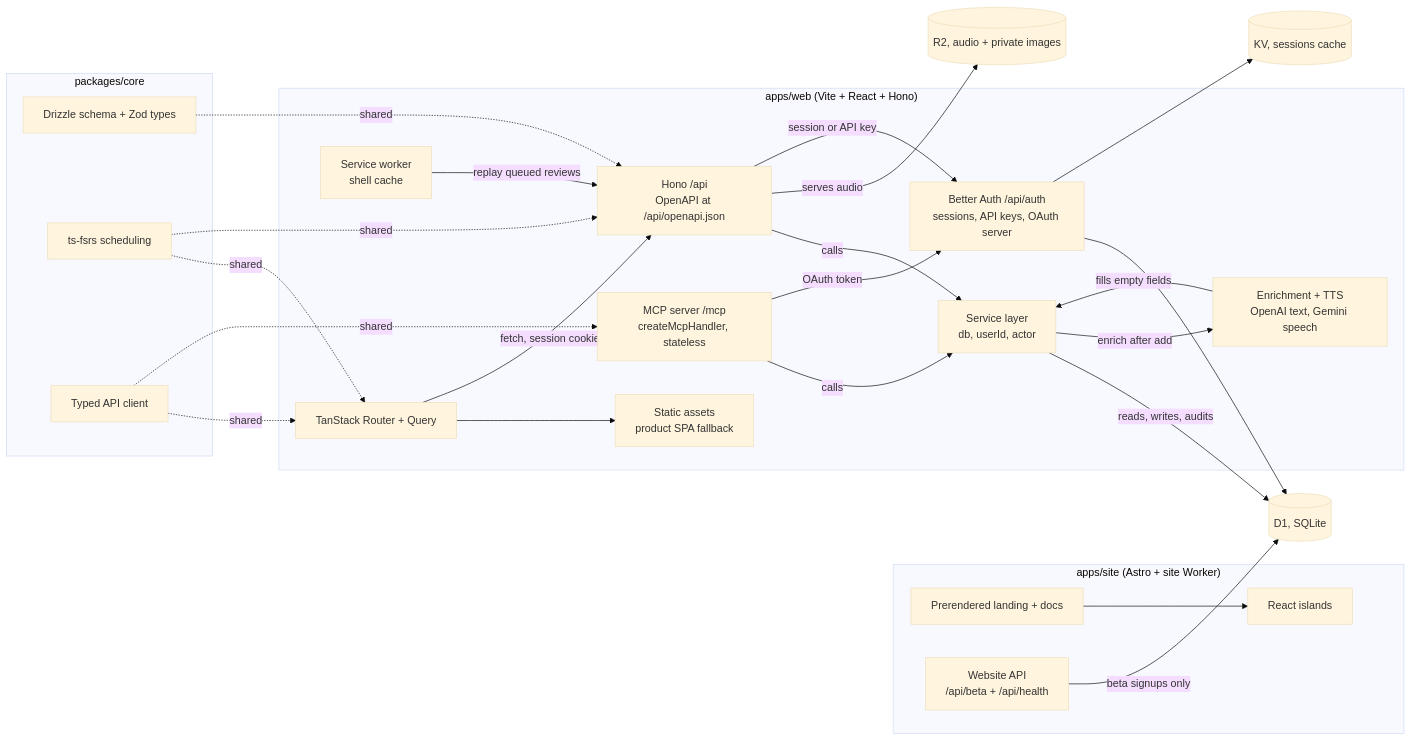
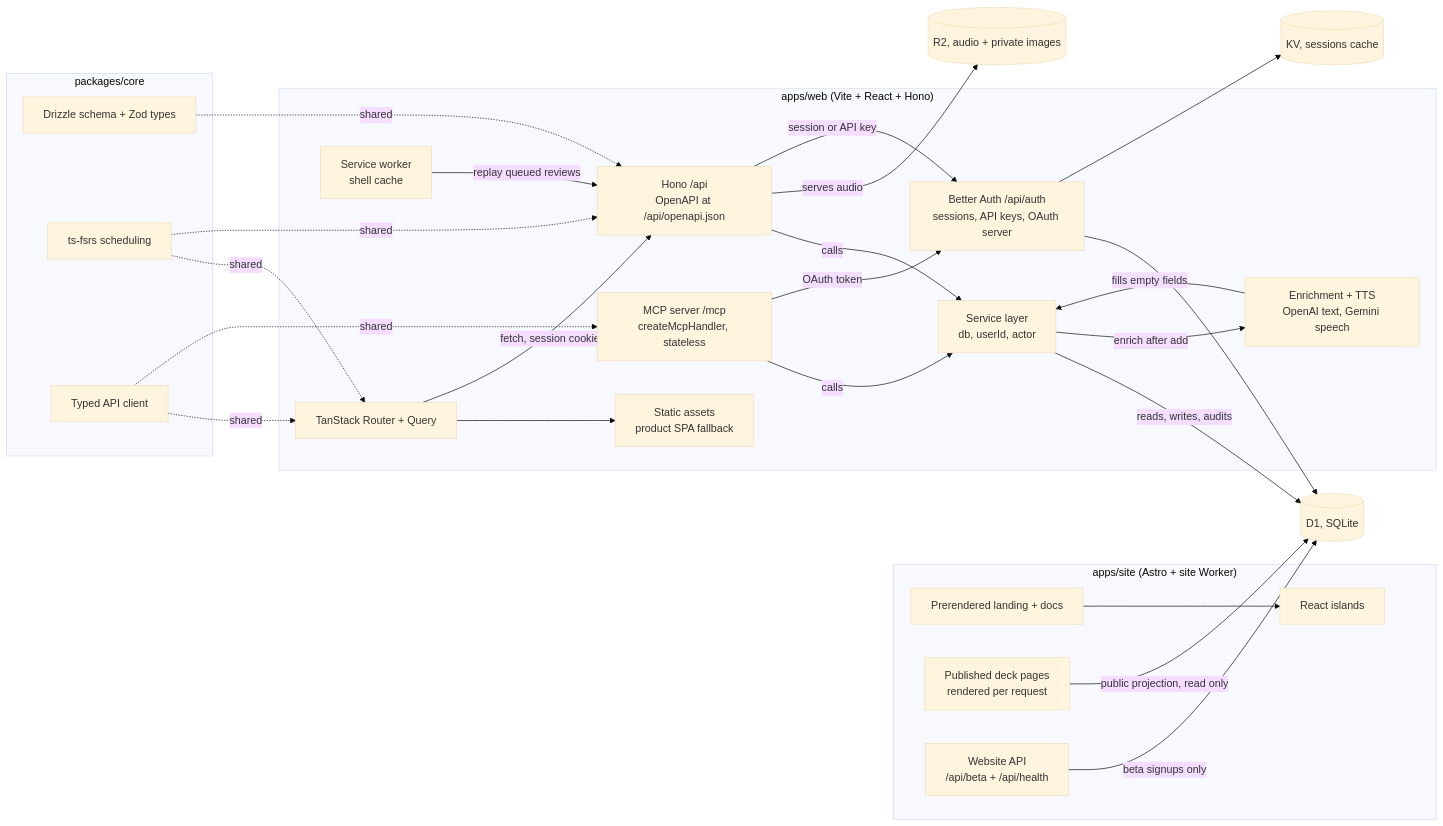
Before and after one commit to krambertech/lymi: the diagram in docs/stack.md, drawn with Mermaid (base theme). The commit also changed other lines of this file and 40 other files, not shown here.

First line of the commit message:
feat(site): render a public page for each published deck

````diff
--- a/docs/stack.md
+++ b/docs/stack.md
@@ -9,47 +9,49 @@
 ```mermaid
 flowchart LR
   subgraph Site["apps/site (Astro + site Worker)"]
     Public[Prerendered landing + docs]
     Islands[React islands]
+    Catalog[Published deck pages\nrendered per request]
     Beta[Website API\n/api/beta + /api/health]
   end
   subgraph Product["apps/web (Vite + React + Hono)"]
     UI[TanStack Router + Query]
     SW[Service worker\nshell cache]
     Assets[Static assets\nproduct SPA fallback]
     API[Hono /api\nOpenAPI at /api/openapi.json]
     Services[Service layer\ndb, userId, actor]
     Auth[Better Auth /api/auth\nsessions, API keys, OAuth server]
     MCP[MCP server /mcp\ncreateMcpHandler, stateless]
     AI[Enrichment + TTS\nOpenAI text, Gemini speech]
   end
   subgraph Core["packages/core"]
     Schema[Drizzle schema + Zod types]
     FSRS[ts-fsrs scheduling]
     Client[Typed API client]
   end
   D1[(D1, SQLite)]
   R2[(R2, audio + private images)]
   KV[(KV, sessions cache)]
 
   Public --> Islands
   Beta -->|beta signups only| D1
+  Catalog -->|public projection, read only| D1
   UI --> Assets
   UI -->|fetch, session cookie| API
   SW -->|replay queued reviews| API
   API -->|calls| Services
   MCP -->|calls| Services
   Services -->|reads, writes, audits| D1
   Services -->|enrich after add| AI
   AI -->|fills empty fields| Services
   API -->|serves audio| R2
   API -->|session or API key| Auth
   MCP -->|OAuth token| Auth
   Auth --> D1
   Auth --> KV
   Client -.shared.-> UI
   Client -.shared.-> MCP
   Schema -.shared.-> API
   FSRS -.shared.-> UI
   FSRS -.shared.-> API
 ```
````
